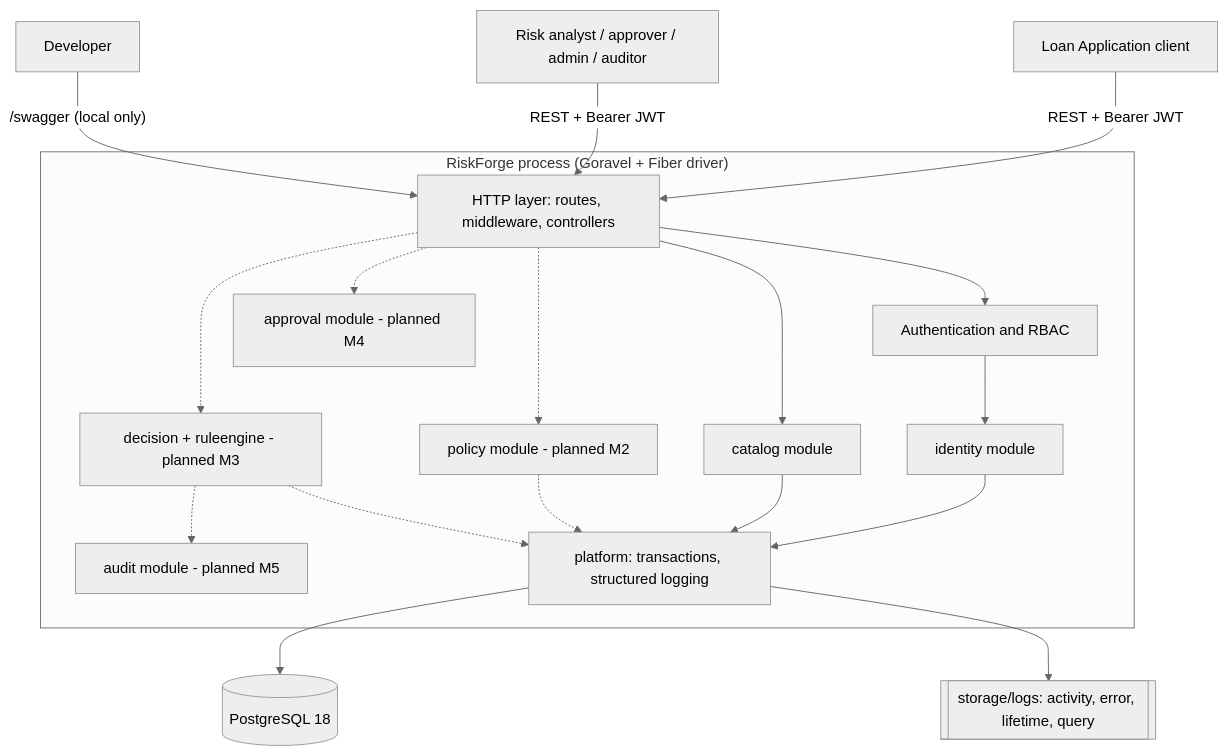
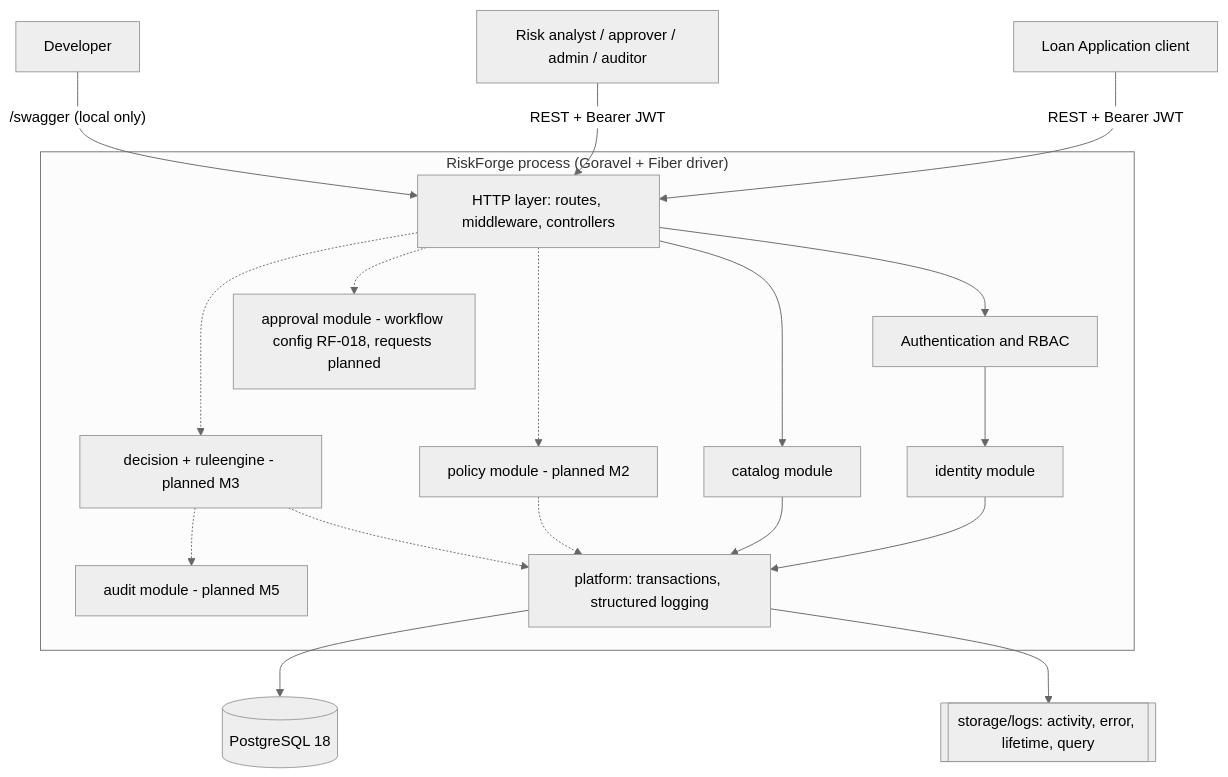
One commit to lathief/RiskForge changed the first of 4 diagrams in docs/ARCHITECTURE.md. Above: the diagram before and after it, drawn with Mermaid (neutral theme). The commit also changed other lines of this file and 36 other files, not shown here.

First line of the commit message:
feat(RF-018): approval workflow configuration

````diff
--- a/docs/ARCHITECTURE.md
+++ b/docs/ARCHITECTURE.md
@@ -7,25 +7,25 @@
 ```mermaid
 flowchart TD
     LoanApp[Loan Application client] -->|"REST + Bearer JWT"| API
     Staff[Risk analyst / approver / admin / auditor] -->|"REST + Bearer JWT"| API
     Dev[Developer] -->|"/swagger (local only)"| API
 
     subgraph Process["RiskForge process (Goravel + Fiber driver)"]
         API[HTTP layer: routes, middleware, controllers]
         API --> AUTH[Authentication and RBAC]
         AUTH --> IDENTITY[identity module]
         API --> CATALOG[catalog module]
         API -.-> POLICY[policy module - planned M2]
         API -.-> ENGINE[decision + ruleengine - planned M3]
-        API -.-> APPROVAL[approval module - planned M4]
+        API -.-> APPROVAL[approval module - workflow config RF-018, requests planned]
         ENGINE -.-> AUDIT[audit module - planned M5]
         PLATFORM[platform: transactions, structured logging]
     end
 
     IDENTITY --> PLATFORM
     CATALOG --> PLATFORM
     POLICY -.-> PLATFORM
     ENGINE -.-> PLATFORM
     PLATFORM --> DB[(PostgreSQL 18)]
     PLATFORM --> LOGS[[storage/logs: activity, error, lifetime, query]]
 ```
````
